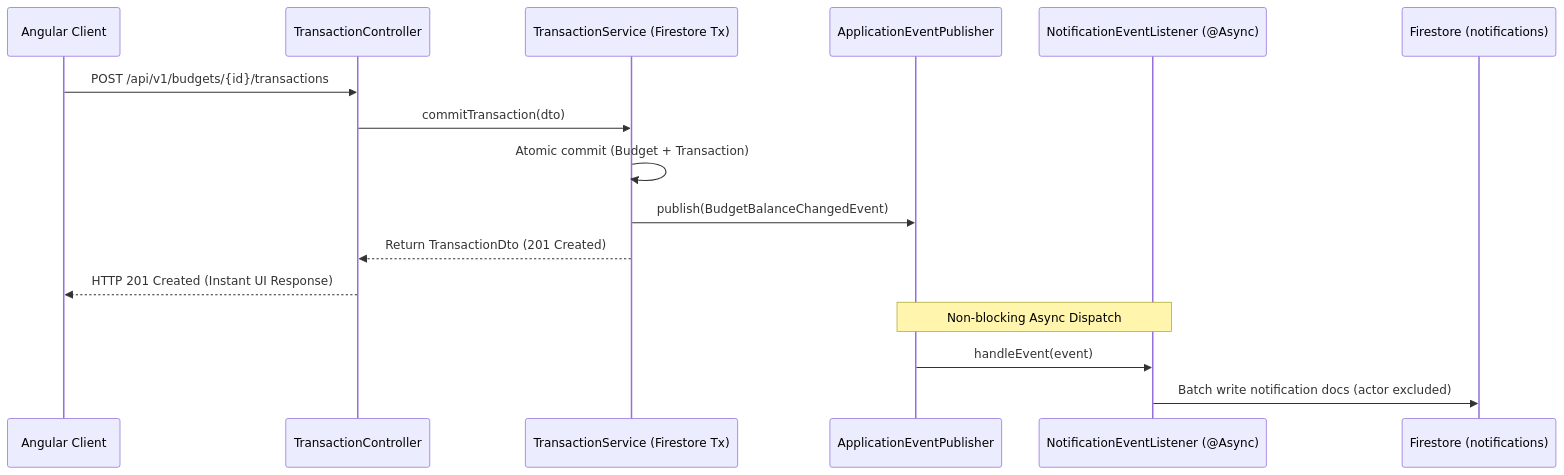
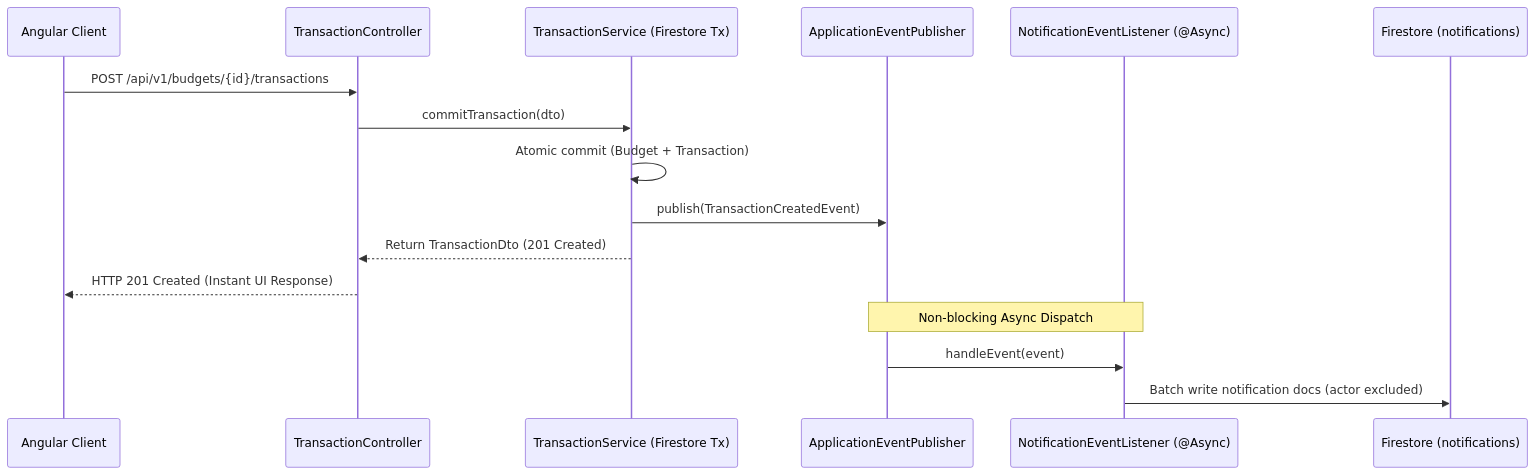
Before and after one commit to jcmendozav/expensetracker-monorepo: the sixth of 6 diagrams in docs/designs/household_multi_budget_ledger.md, drawn with Mermaid. The commit also changed other lines of this file, not shown here.

Commit message:
docs: resolve inconsistencies in design doc for endpoints, event names, and household schema

````diff
--- a/docs/designs/household_multi_budget_ledger.md
+++ b/docs/designs/household_multi_budget_ledger.md
@@ -132,20 +132,20 @@
 ```mermaid
 sequenceDiagram
     participant Client as Angular Client
     participant Controller as TransactionController
     participant Service as TransactionService (Firestore Tx)
     participant Publisher as ApplicationEventPublisher
     participant Listener as NotificationEventListener (@Async)
     participant Inbox as Firestore (notifications)
 
     Client->>Controller: POST /api/v1/budgets/{id}/transactions
     Controller->>Service: commitTransaction(dto)
     Service->>Service: Atomic commit (Budget + Transaction)
-    Service->>Publisher: publish(BudgetBalanceChangedEvent)
+    Service->>Publisher: publish(TransactionCreatedEvent)
     Service-->>Controller: Return TransactionDto (201 Created)
     Controller-->>Client: HTTP 201 Created (Instant UI Response)
     
     Note over Publisher,Listener: Non-blocking Async Dispatch
     Publisher->>Listener: handleEvent(event)
     Listener->>Inbox: Batch write notification docs (actor excluded)
 ```
````
